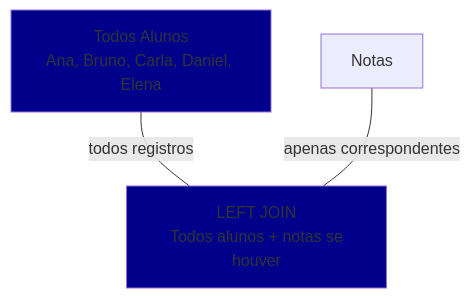
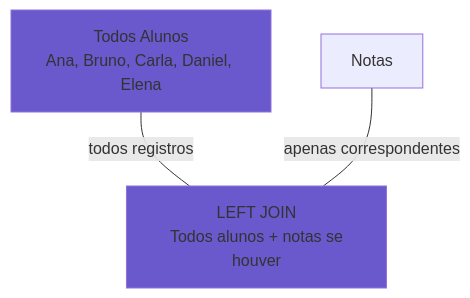
The second of 7 diagrams in docs/content/_aulas/banco-de-dados/modelo-de-dados/dependencia-de-existencia.md (myerco/CafeGeek), drawn with Mermaid before and after one commit. The commit also changed other lines of this file and 12 other files, not shown here.

```diff
--- a/docs/content/_aulas/banco-de-dados/modelo-de-dados/dependencia-de-existencia.md
+++ b/docs/content/_aulas/banco-de-dados/modelo-de-dados/dependencia-de-existencia.md
@@ -130,12 +130,12 @@
 <div class="mermaid">
 graph TD
     A[Todos Alunos<br/>Ana, Bruno, Carla, Daniel, Elena]
     B[Notas]
     C[LEFT JOIN<br/> Todos alunos + notas se houver]
     
     A ---|todos registros| C
     B ---|apenas correspondentes| C
     
-    style A fill:#00008B
-    style C fill:#00008B
+    style A fill:#6959CD
+    style C fill:#6959CD
 </div>
```
